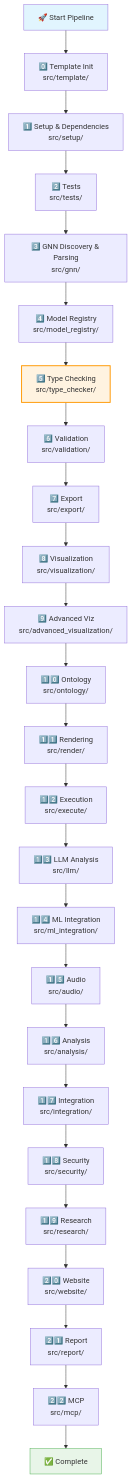
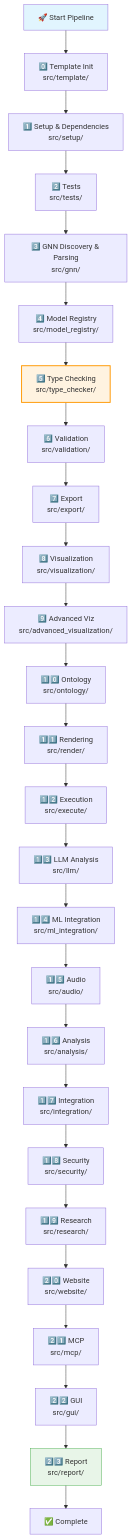
Before and after one commit to ActiveInferenceInstitute/GeneralizedNotationNotation: the third of 4 diagrams in README.md, drawn with Mermaid. The commit also changed other lines of this file and 87 other files, not shown here.

````diff
--- a/README.md
+++ b/README.md
@@ -231,31 +231,32 @@
 ```mermaid
 flowchart TD
     A["🚀 Start Pipeline"] --> B["0️⃣ Template Init<br/>src/template/"]
     B --> C["1️⃣ Setup & Dependencies<br/>src/setup/"]
     C --> D["2️⃣ Tests<br/>src/tests/"]
     D --> E["3️⃣ GNN Discovery & Parsing<br/>src/gnn/"]
     E --> F["4️⃣ Model Registry<br/>src/model_registry/"]
     F --> G["5️⃣ Type Checking<br/>src/type_checker/"]
     G --> H["6️⃣ Validation<br/>src/validation/"]
     H --> I["7️⃣ Export<br/>src/export/"]
     I --> J["8️⃣ Visualization<br/>src/visualization/"]
     J --> K["9️⃣ Advanced Viz<br/>src/advanced_visualization/"]
     K --> L["1️⃣0️⃣ Ontology<br/>src/ontology/"]
     L --> M["1️⃣1️⃣ Rendering<br/>src/render/"]
     M --> N["1️⃣2️⃣ Execution<br/>src/execute/"]
     N --> O["1️⃣3️⃣ LLM Analysis<br/>src/llm/"]
     O --> P["1️⃣4️⃣ ML Integration<br/>src/ml_integration/"]
     P --> Q["1️⃣5️⃣ Audio<br/>src/audio/"]
     Q --> R["1️⃣6️⃣ Analysis<br/>src/analysis/"]
     R --> S["1️⃣7️⃣ Integration<br/>src/integration/"]
     S --> T["1️⃣8️⃣ Security<br/>src/security/"]
     T --> U["1️⃣9️⃣ Research<br/>src/research/"]
     U --> V["2️⃣0️⃣ Website<br/>src/website/"]
-    V --> W["2️⃣1️⃣ Report<br/>src/report/"]
-    W --> X["2️⃣2️⃣ MCP<br/>src/mcp/"]
-    X --> Y["✅ Complete"]
+    V --> W["2️⃣1️⃣ MCP<br/>src/mcp/"]
+    W --> X["2️⃣2️⃣ GUI<br/>src/gui/"]
+    X --> Y["2️⃣3️⃣ Report<br/>src/report/"]
+    Y --> Z["✅ Complete"]
 
     style A fill:#e1f5fe
     style G fill:#fff3e0,stroke:#ff9800,stroke-width:2px
     style Y fill:#e8f5e8,stroke:#4caf50
 ```
````
